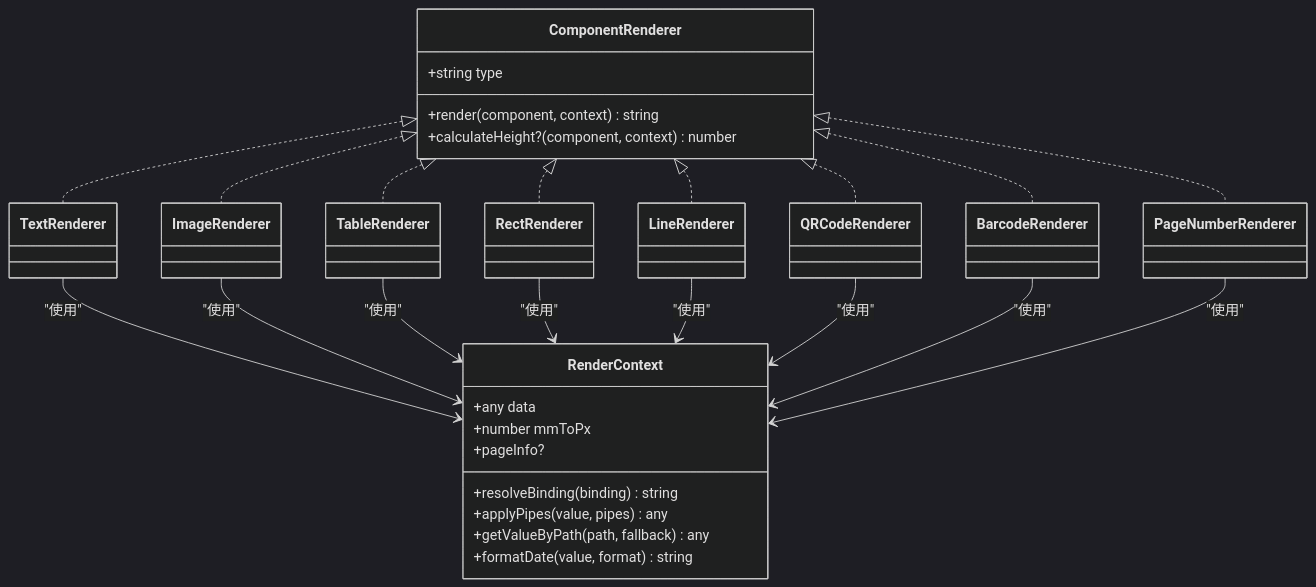
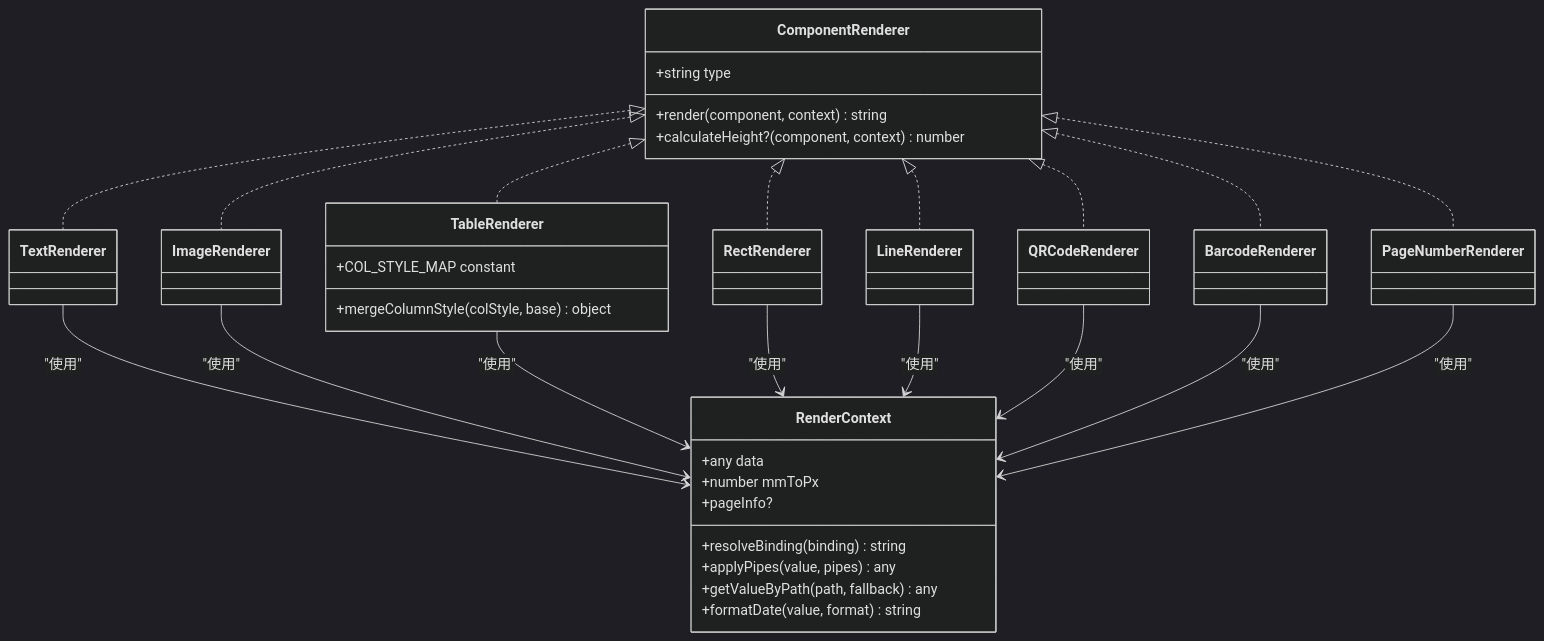
Before and after one commit to joker-yjc/printer: the second of 4 diagrams in .qoder/repowiki/zh/content/API 参考文档/组件渲染器接口/组件渲染器接口.md, drawn with Mermaid (dark theme). The commit also changed other lines of this file and 128 other files, not shown here.

````diff
--- a/.qoder/repowiki/zh/content/API 参考文档/组件渲染器接口/组件渲染器接口.md
+++ b/.qoder/repowiki/zh/content/API 参考文档/组件渲染器接口/组件渲染器接口.md
@@ -148,41 +164,44 @@
 ```mermaid
 classDiagram
 class ComponentRenderer {
 +string type
 +render(component, context) string
 +calculateHeight?(component, context) number
 }
 class RenderContext {
 +any data
 +resolveBinding(binding) string
 +applyPipes(value, pipes) any
 +getValueByPath(path, fallback) any
 +formatDate(value, format) string
 +number mmToPx
 +pageInfo?
 }
 class TextRenderer
 class ImageRenderer
-class TableRenderer
+class TableRenderer {
++mergeColumnStyle(colStyle, base) object
++COL_STYLE_MAP constant
+}
 class RectRenderer
 class LineRenderer
 class QRCodeRenderer
 class BarcodeRenderer
 class PageNumberRenderer
 ComponentRenderer <|.. TextRenderer
 ComponentRenderer <|.. ImageRenderer
 ComponentRenderer <|.. TableRenderer
 ComponentRenderer <|.. RectRenderer
 ComponentRenderer <|.. LineRenderer
 ComponentRenderer <|.. QRCodeRenderer
 ComponentRenderer <|.. BarcodeRenderer
 ComponentRenderer <|.. PageNumberRenderer
 TextRenderer --> RenderContext : "使用"
 ImageRenderer --> RenderContext : "使用"
 TableRenderer --> RenderContext : "使用"
 RectRenderer --> RenderContext : "使用"
 LineRenderer --> RenderContext : "使用"
 QRCodeRenderer --> RenderContext : "使用"
 BarcodeRenderer --> RenderContext : "使用"
 PageNumberRenderer --> RenderContext : "使用"
 ```
````
